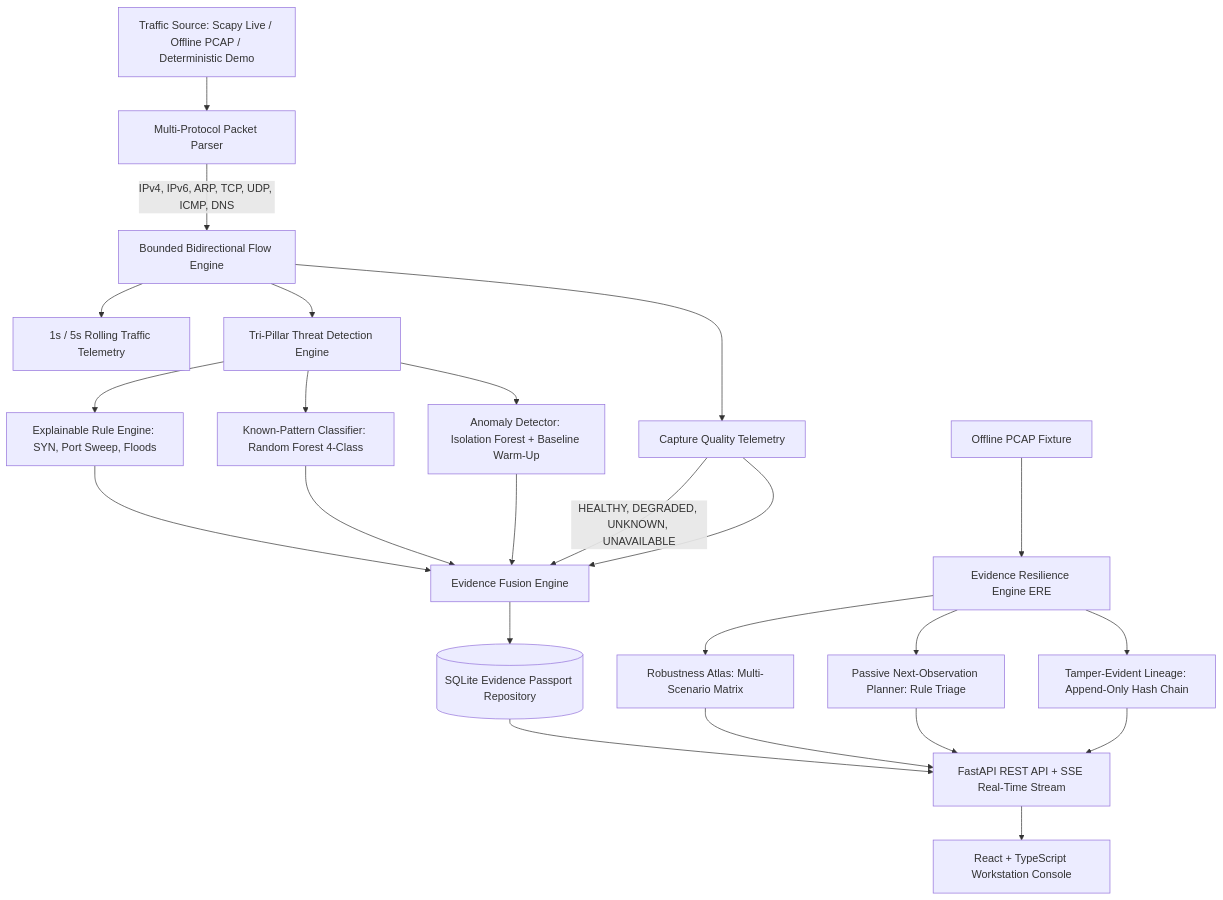
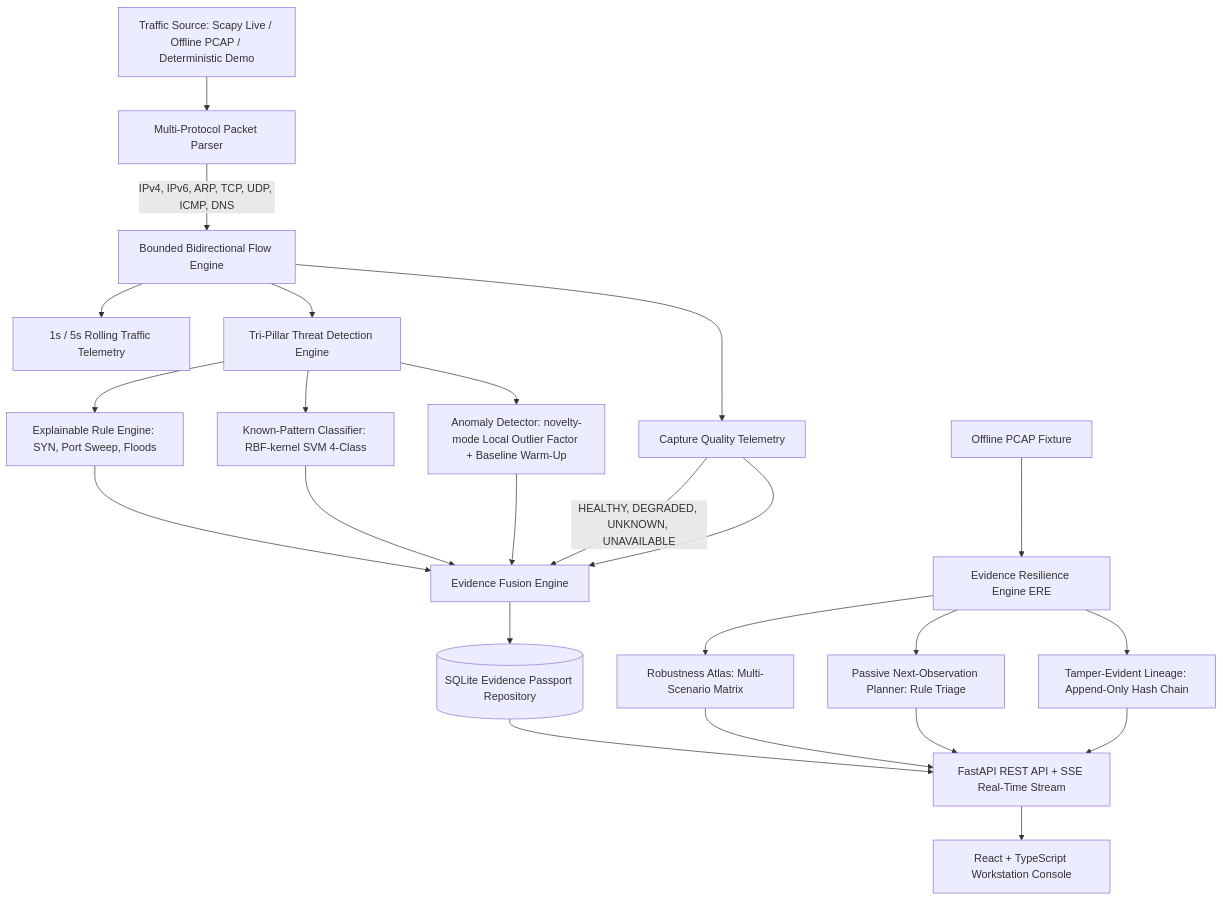
Before and after one commit to SomyadeepTarat/NetGuard: the diagram in README.md, drawn with Mermaid. The commit also changed other lines of this file and 36 other files, not shown here.

````diff
--- a/README.md
+++ b/README.md
@@ -36,25 +85,25 @@
 ```mermaid
 graph TD
     A[Traffic Source: Scapy Live / Offline PCAP / Deterministic Demo] --> B[Multi-Protocol Packet Parser]
     B -->|IPv4, IPv6, ARP, TCP, UDP, ICMP, DNS| C[Bounded Bidirectional Flow Engine]
     C --> D[1s / 5s Rolling Traffic Telemetry]
     
     C --> E[Tri-Pillar Threat Detection Engine]
     E --> E1[Explainable Rule Engine: SYN, Port Sweep, Floods]
-    E --> E2[Known-Pattern Classifier: Random Forest 4-Class]
-    E --> E3[Anomaly Detector: Isolation Forest + Baseline Warm-Up]
+    E --> E2[Known-Pattern Classifier: RBF-kernel SVM 4-Class]
+    E --> E3[Anomaly Detector: novelty-mode Local Outlier Factor + Baseline Warm-Up]
     
     C --> F[Capture Quality Telemetry]
     F -->|HEALTHY, DEGRADED, UNKNOWN, UNAVAILABLE| G[Evidence Fusion Engine]
     E1 & E2 & E3 & F --> G
     
     G --> H[(SQLite Evidence Passport Repository)]
     H --> I[FastAPI REST API + SSE Real-Time Stream]
     I --> J[React + TypeScript Workstation Console]
     
     K[Offline PCAP Fixture] --> L[Evidence Resilience Engine ERE]
     L --> L1[Robustness Atlas: Multi-Scenario Matrix]
     L --> L2[Passive Next-Observation Planner: Rule Triage]
     L --> L3[Tamper-Evident Lineage: Append-Only Hash Chain]
     L1 & L2 & L3 --> I
 ```
````
